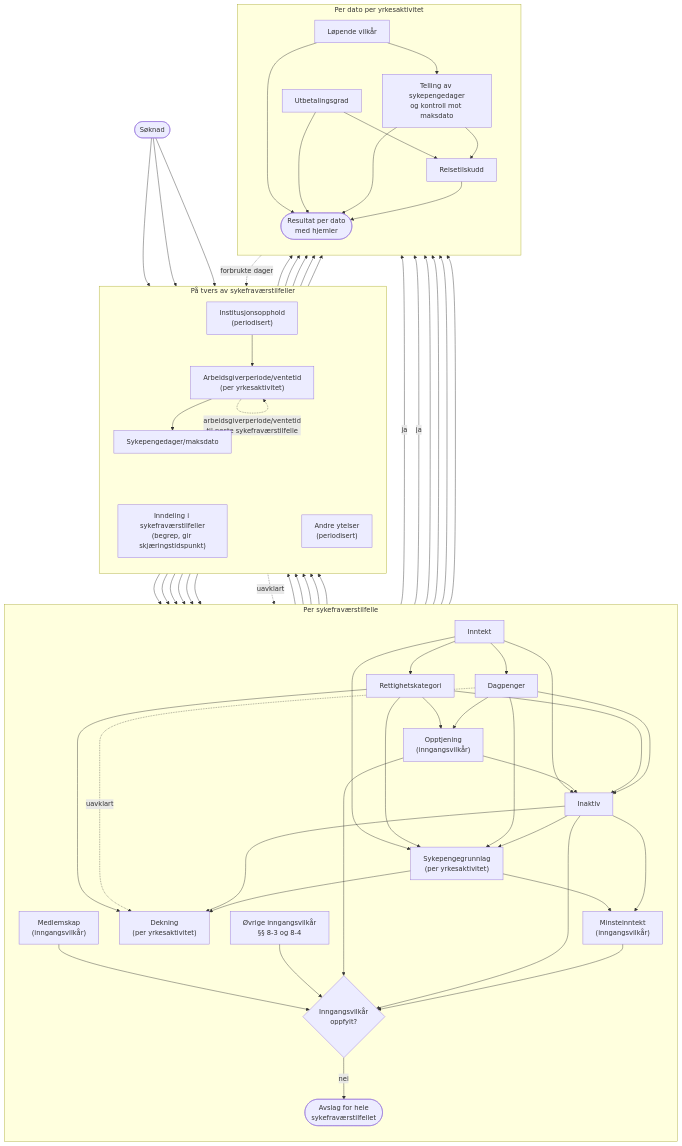
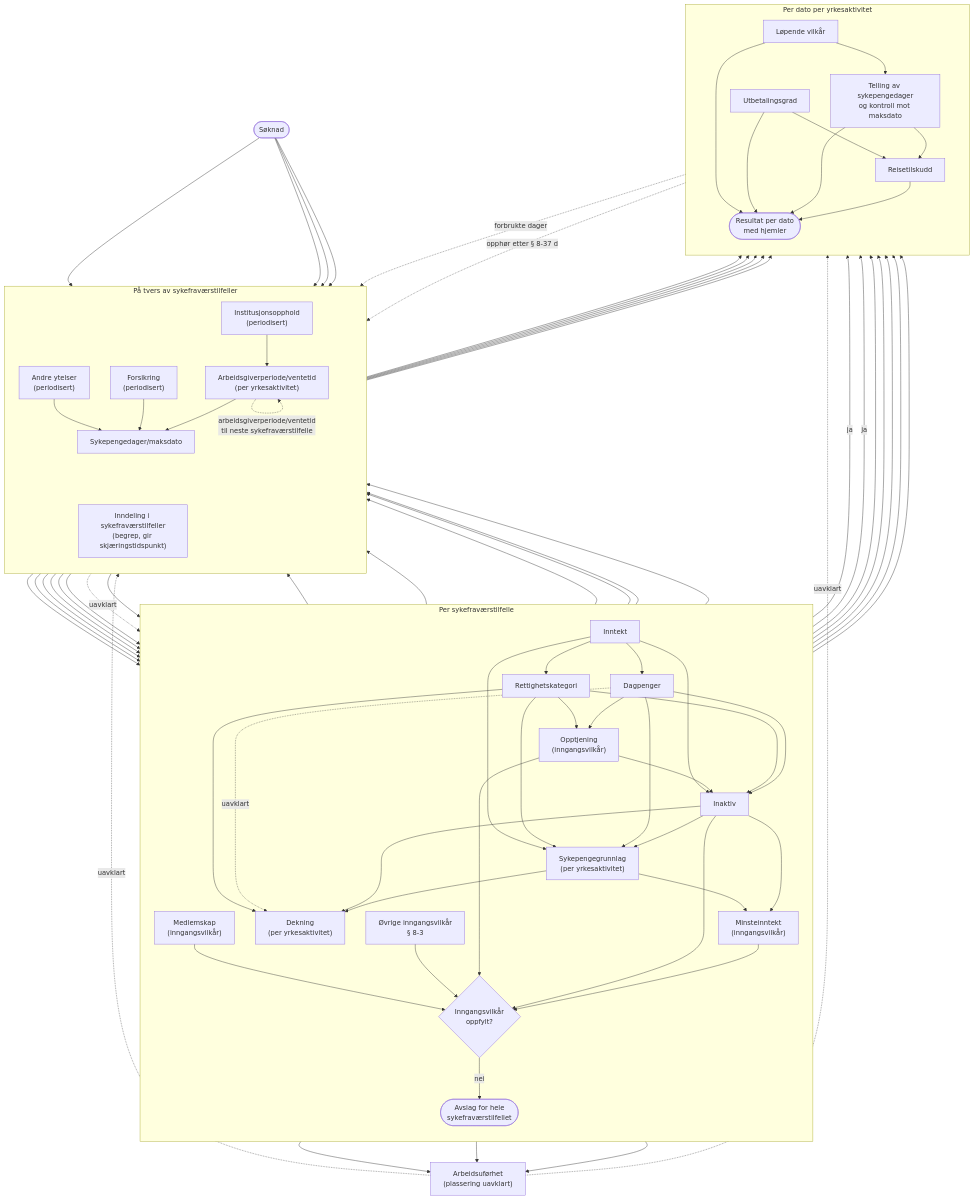
Before and after one commit to navikt/helse-sas-meta: the diagram in docs/rekkefolge-kap8.md, drawn with Mermaid. The commit also changed other lines of this file and 2 other files, not shown here.

````diff
--- a/docs/rekkefolge-kap8.md
+++ b/docs/rekkefolge-kap8.md
@@ -23,15 +23,18 @@
         SFT["Inndeling i sykefraværstilfeller<br/>(begrep, gir skjæringstidspunkt)"]
         AY["Andre ytelser<br/>(periodisert)"]
         IO["Institusjonsopphold<br/>(periodisert)"]
+        FORS["Forsikring<br/>(periodisert)"]
         AGP["Arbeidsgiverperiode/ventetid<br/>(per yrkesaktivitet)"]
         MAX["Sykepengedager/maksdato"]
     end
+
+    AU["Arbeidsuførhet<br/>(plassering uavklart)"]
 
     subgraph TILFELLE["Per sykefraværstilfelle"]
         direction TB
         INN["Inntekt"]
         MED["Medlemskap<br/>(inngangsvilkår)"]
-        OVR["Øvrige inngangsvilkår<br/>§§ 8-3 og 8-4"]
+        OVR["Øvrige inngangsvilkår<br/>§ 8-3"]
         RK["Rettighetskategori"]
         DP["Dagpenger"]
         OPP["Opptjening<br/>(inngangsvilkår)"]
@@ -55,6 +58,7 @@
     START --> SFT
     START --> AY
     START --> IO
+    START --> FORS
 
     SFT --> INN
     SFT --> MED
@@ -85,11 +89,19 @@
     DP -.->|uavklart| DEK
     INA --> DEK
     SPG --> DEK
+    RK --> FORS
+    FORS --> DEK
 
     RK --> AGP
     DP --> AGP
     INA --> AGP
     IO --> AGP
+
+    RK --> AU
+    DP --> AU
+    INA --> AU
+    AU -.->|uavklart| SFT
+    AU -.->|uavklart| LV
 
     MED --> GATE
     OVR --> GATE
@@ -107,13 +119,16 @@
     IO --> UG
     AY --> LV
     SPG --> LV
-    DP --> LV
+    MED --> LV
+    RK --> LV
 
     LV --> MAXD
     MAX --> MAXD
     RK --> MAX
     DEK --> MAX
     AGP --> MAX
+    FORS --> MAX
+    AY --> MAX
 
     UG --> RT
     MAXD --> RT
@@ -124,5 +139,6 @@
     RT --> RES
 
     MAXD -.->|forbrukte dager| MAX
+    MAXD -.->|opphør etter § 8-37 d| FORS
     AGP -.->|arbeidsgiverperiode/ventetid<br/>til neste sykefraværstilfelle| AGP
 ```
````
